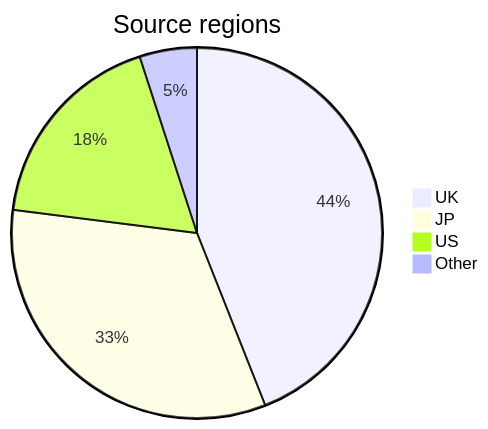
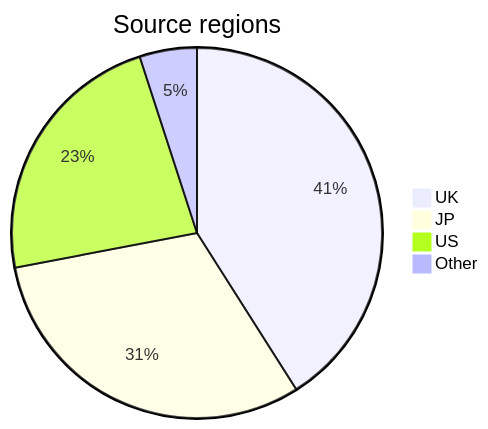
Before and after one commit to ace-dent/gbc-hw: the diagram in gbc-census/docs/notes.md, drawn with Mermaid. The commit also changed other lines of this file and 6 other files, not shown here.

````diff
--- a/gbc-census/docs/notes.md
+++ b/gbc-census/docs/notes.md
@@ -42,7 +42,7 @@
 ```mermaid
 pie title Source regions
-    "UK" : 44
-    "JP" : 33
-    "US" : 18
+    "UK" : 41
+    "JP" : 31
+    "US" : 23
     "Other" : 5
 ```
````
